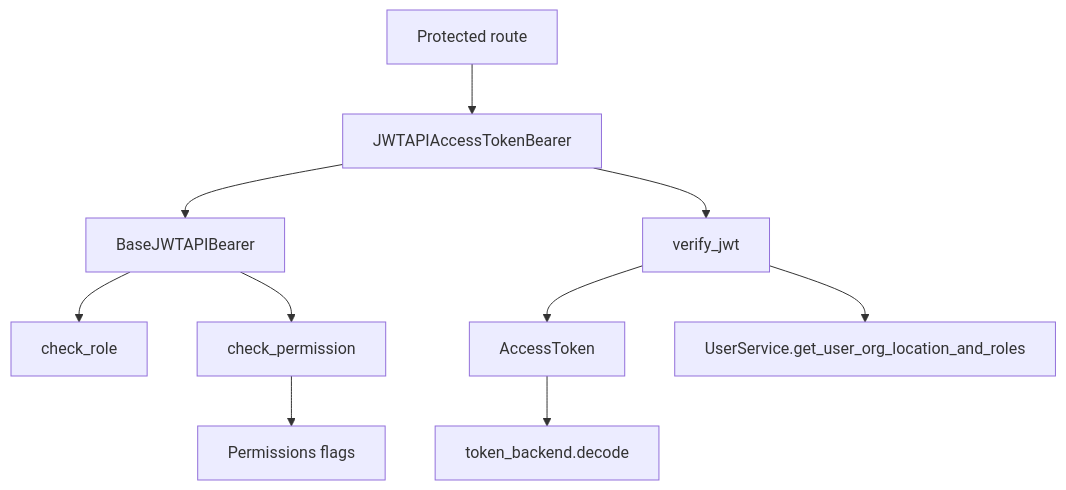
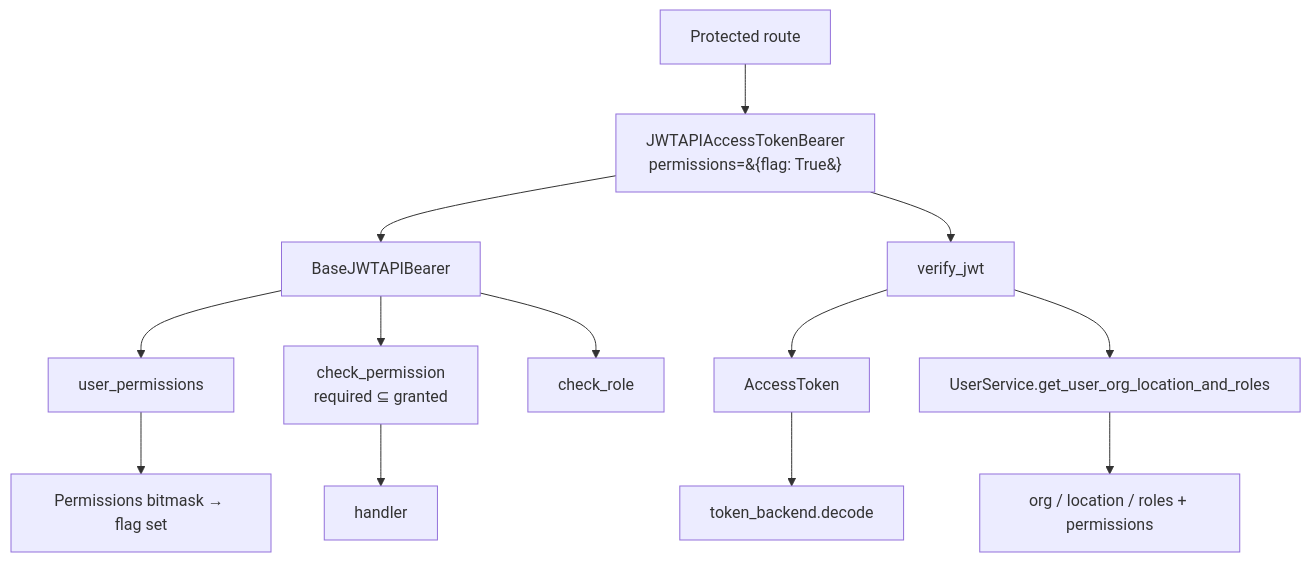
One commit to Tap2Cloud/backend-public changed the first of 4 diagrams in docs/wiki/security-and-permissions.md. Above: the diagram before and after it, drawn with Mermaid. The commit also changed other lines of this file and 12 other files, not shown here.

````diff
--- a/docs/wiki/security-and-permissions.md
+++ b/docs/wiki/security-and-permissions.md
@@ -9,12 +19,15 @@
 ```mermaid
 graph TD
-  Route[Protected route] --> Bearer[JWTAPIAccessTokenBearer]
+  Route[Protected route] --> Bearer[JWTAPIAccessTokenBearer<br/>permissions=&#123;flag: True&#125;]
   Bearer --> Base[BaseJWTAPIBearer]
-  Base --> CheckRole[check_role]
-  Base --> CheckPerm[check_permission]
   Bearer --> Verify[verify_jwt]
   Verify --> AT[AccessToken]
   AT --> TB[token_backend.decode]
   Verify --> US[UserService.get_user_org_location_and_roles]
-  CheckPerm --> Perms[Permissions flags]
+  US --> Payload[org / location / roles + permissions]
+  Base --> CheckRole[check_role]
+  Base --> UP[user_permissions]
+  UP --> Perms[Permissions bitmask → flag set]
+  Base --> CheckPerm[check_permission<br/>required ⊆ granted]
+  CheckPerm --> Handler[handler]
 ```
````
